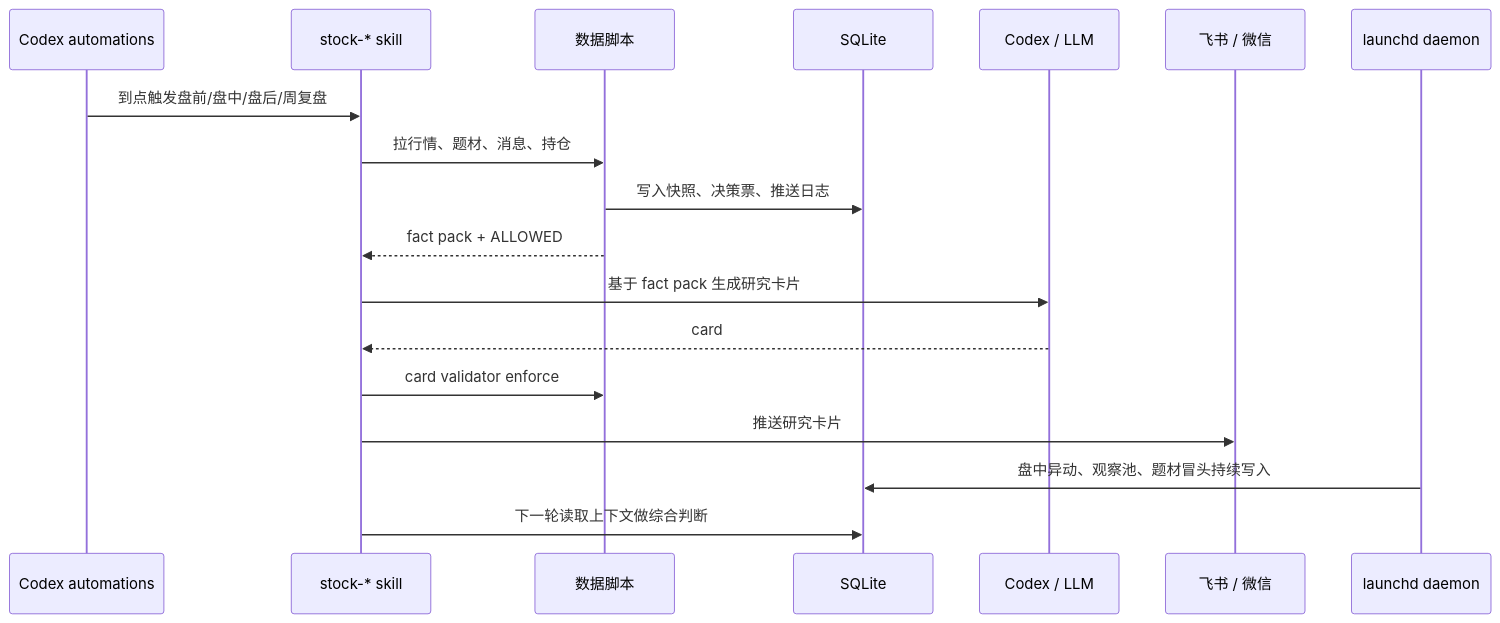
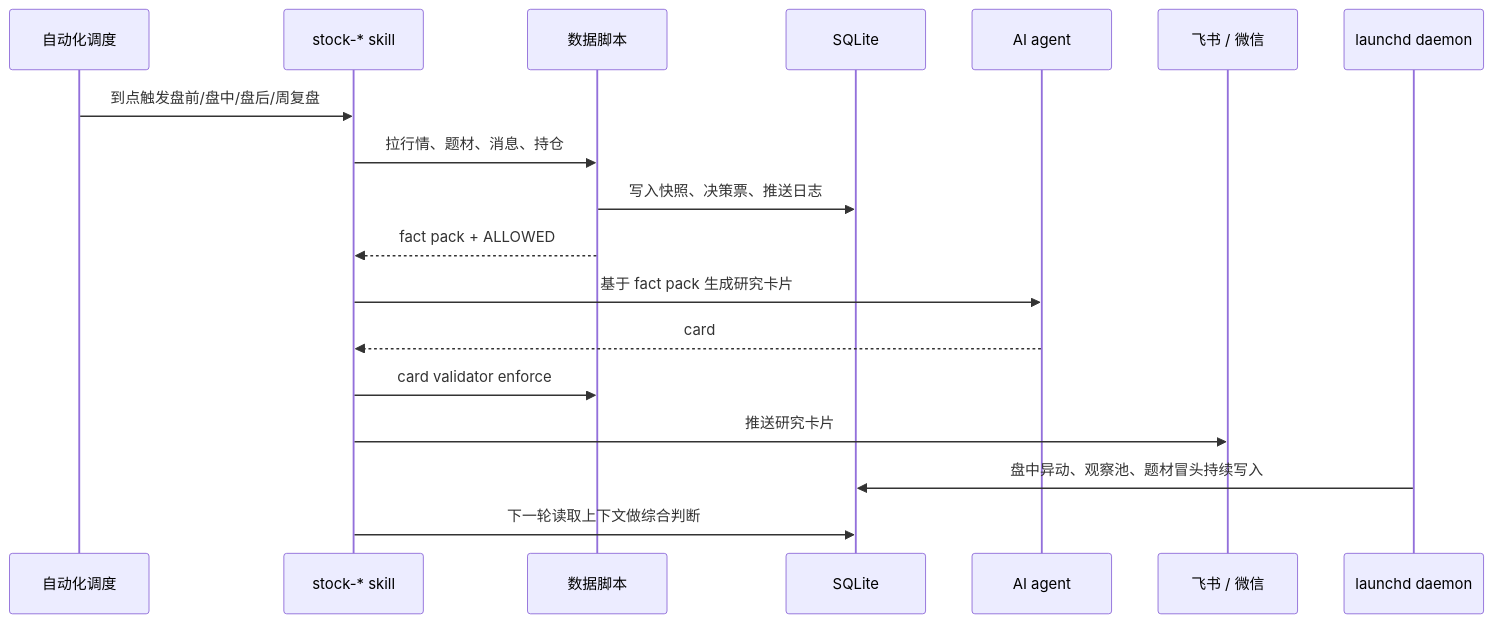
The second of 2 diagrams in README.md (wispig66/a-stock-agent), drawn with Mermaid before and after one commit. The commit also changed other lines of this file, not shown here.

First line of the commit message:
docs(readme): 全面移除 Codex 硬编码表述，改为 agent 中性

````diff
--- a/README.md
+++ b/README.md
@@ -91,21 +91,21 @@
 ```mermaid
 sequenceDiagram
-    participant Auto as Codex automations
+    participant Auto as 自动化调度
     participant Skill as stock-* skill
     participant Data as 数据脚本
     participant DB as SQLite
-    participant LLM as Codex / LLM
+    participant LLM as AI agent
     participant Push as 飞书 / 微信
     participant Daemon as launchd daemon
 
     Auto->>Skill: 到点触发盘前/盘中/盘后/周复盘
     Skill->>Data: 拉行情、题材、消息、持仓
     Data->>DB: 写入快照、决策票、推送日志
     Data-->>Skill: fact pack + ALLOWED
     Skill->>LLM: 基于 fact pack 生成研究卡片
     LLM-->>Skill: card
     Skill->>Data: card validator enforce
     Skill->>Push: 推送研究卡片
     Daemon->>DB: 盘中异动、观察池、题材冒头持续写入
     Skill->>DB: 下一轮读取上下文做综合判断
 ```
````
